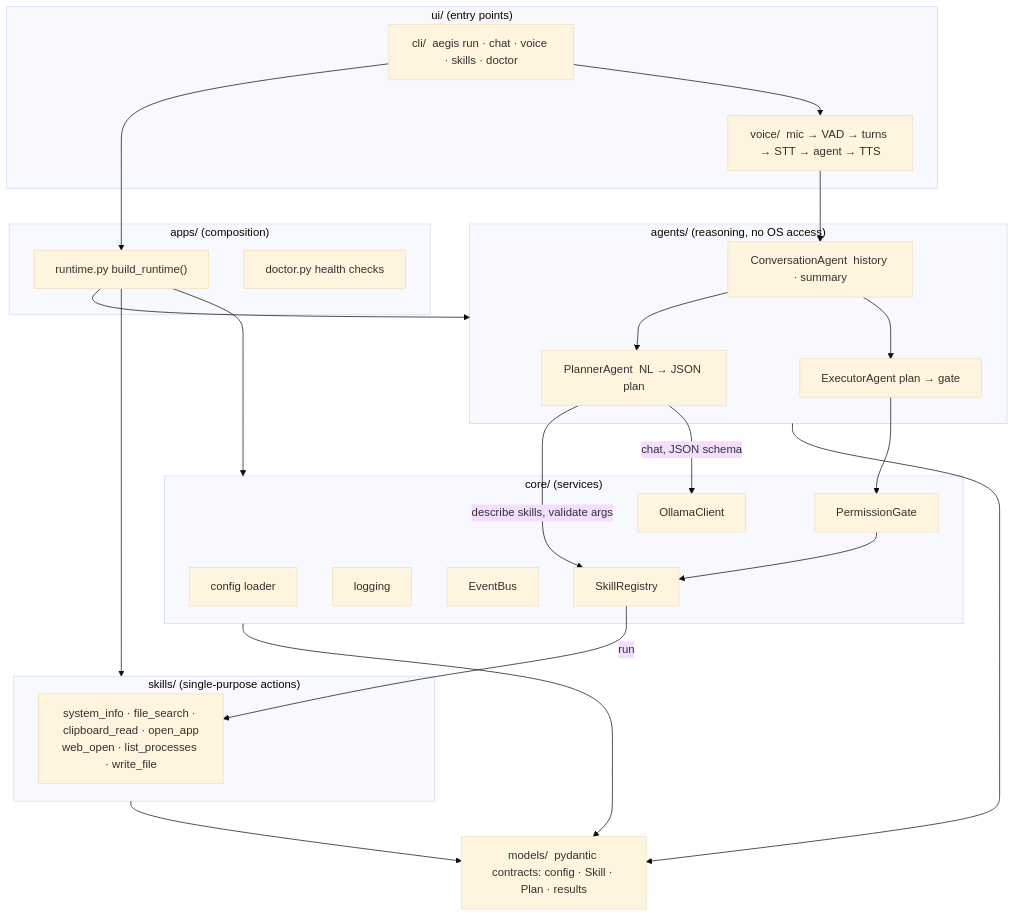
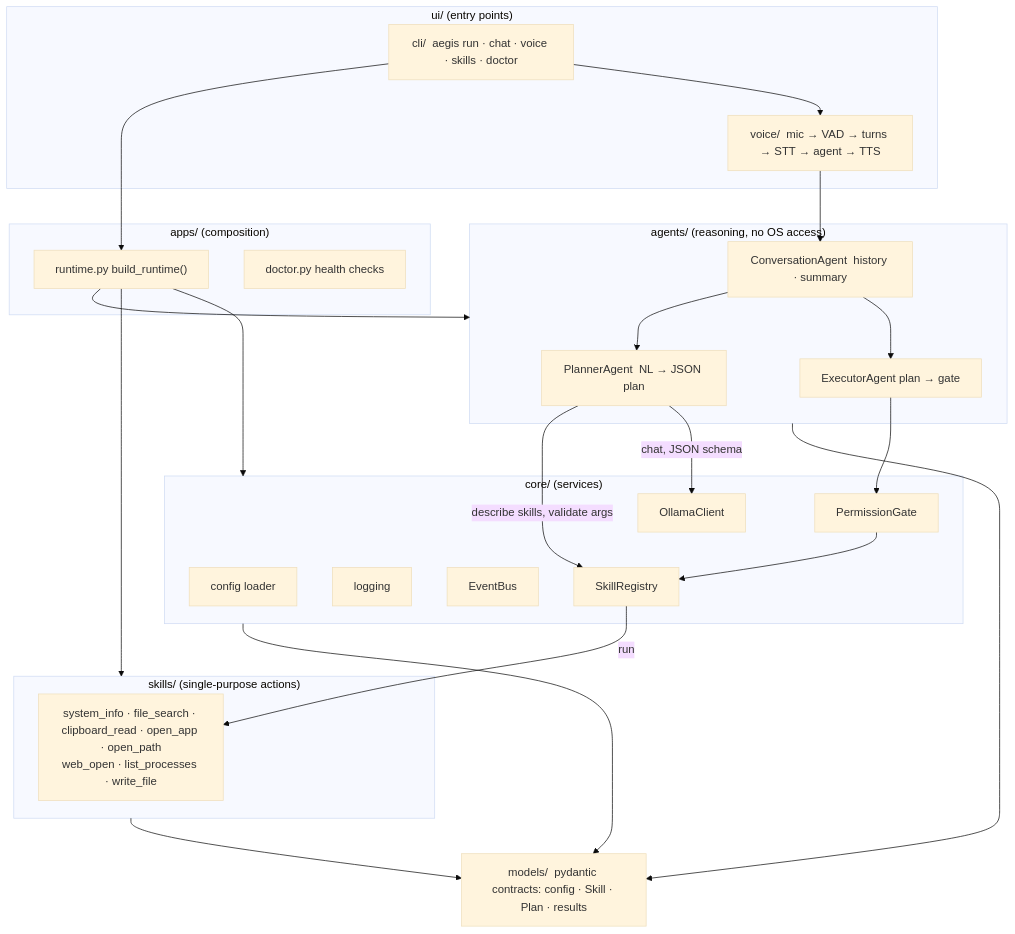
One commit to malhardhamale16/AEGIS changed the first of 3 diagrams in docs/ARCHITECTURE.md. Above: the diagram before and after it, drawn with Mermaid (base theme). The commit also changed 14 other files, not shown here.

First line of the commit message:
Find files by folder name, add open_path, more apps, quieter errors

````diff
--- a/docs/ARCHITECTURE.md
+++ b/docs/ARCHITECTURE.md
@@ -10,45 +10,45 @@
 ```mermaid
 flowchart TB
     subgraph UI["ui/  (entry points)"]
         CLI["cli/  aegis run · chat · voice · skills · doctor"]
         VOICE["voice/  mic → VAD → turns → STT → agent → TTS"]
     end
     subgraph APPS["apps/  (composition)"]
         RT["runtime.py  build_runtime()"]
         DOC["doctor.py  health checks"]
     end
     subgraph AGENTS["agents/  (reasoning, no OS access)"]
         PLAN["PlannerAgent  NL → JSON plan"]
         EXEC["ExecutorAgent  plan → gate"]
         CONV["ConversationAgent  history · summary"]
     end
     subgraph SKILLS["skills/  (single-purpose actions)"]
-        SK["system_info · file_search · clipboard_read · open_app<br/>web_open · list_processes · write_file"]
+        SK["system_info · file_search · clipboard_read · open_app · open_path<br/>web_open · list_processes · write_file"]
     end
     subgraph CORE["core/  (services)"]
         CFG["config loader"]
         LOG["logging"]
         BUS["EventBus"]
         LLM["OllamaClient"]
         REG["SkillRegistry"]
         GATE["PermissionGate"]
     end
     MODELS["models/  pydantic contracts: config · Skill · Plan · results"]
 
     CLI --> RT
     CLI --> VOICE
     VOICE --> CONV
     RT --> AGENTS
     RT --> SKILLS
     RT --> CORE
     CONV --> PLAN
     CONV --> EXEC
     PLAN -->|describe skills, validate args| REG
     PLAN -->|chat, JSON schema| LLM
     EXEC --> GATE
     GATE --> REG
     REG -->|run| SK
     CORE --> MODELS
     AGENTS --> MODELS
     SKILLS --> MODELS
 ```
````
